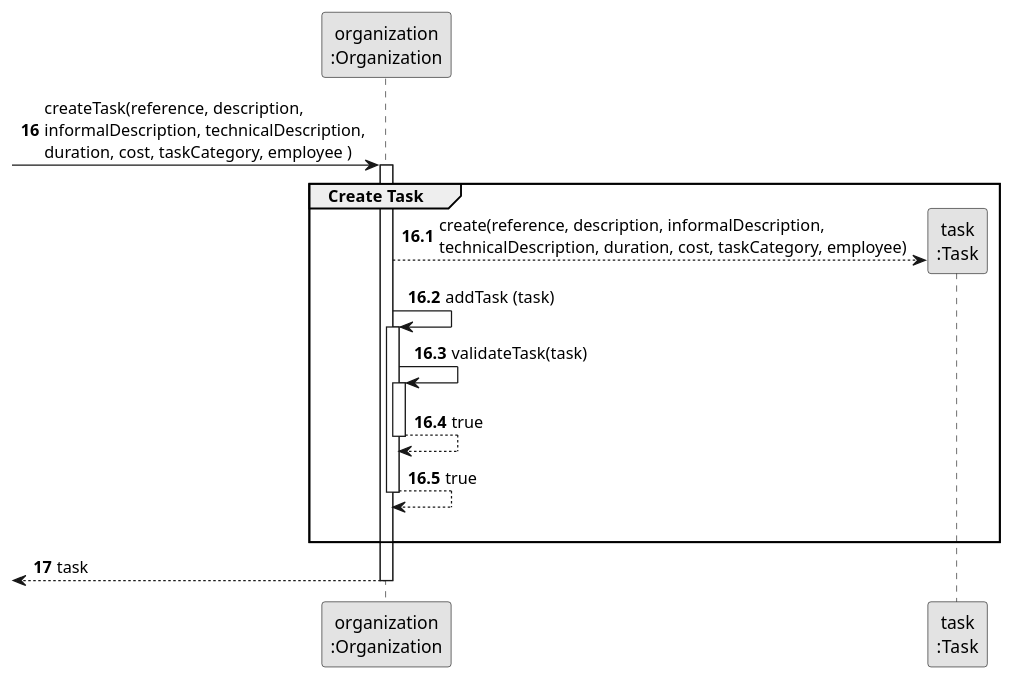
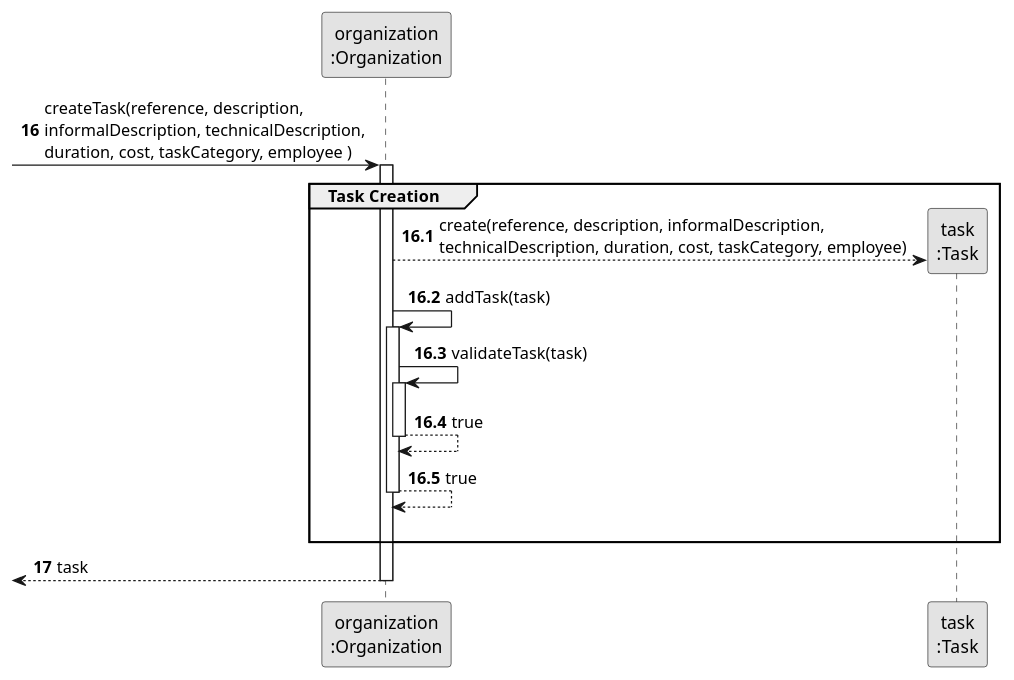
The diagram in docs/system-documentation/US002/03.design/puml/US002-SD-partial-create-task.puml (bruno-monteiro5/sem2-pi-24.25-g132-repo), drawn with PlantUML before and after one commit. The commit also changed 2 other files, not shown here.

```diff
--- a/docs/system-documentation/US002/03.design/puml/US002-SD-partial-create-task.puml
+++ b/docs/system-documentation/US002/03.design/puml/US002-SD-partial-create-task.puml
@@ -1,35 +1,32 @@
 @startuml
 skinparam monochrome true
 skinparam packageStyle rectangle
 skinparam shadowing false
 
 participant "organization\n:Organization" as ORG
 participant "task\n:Task" as TASK
 
 autonumber 16
 -> ORG: createTask(reference, description,\ninformalDescription, technicalDescription,\nduration, cost, taskCategory, employee )
 
 autonumber 16.1
 activate ORG
-    group Create Task
-
+    group Task Creation
         ORG --> TASK**: create(reference, description, informalDescription, \ntechnicalDescription, duration, cost, taskCategory, employee)
-        ORG -> ORG: addTask (task)
+        ORG -> ORG: addTask(task)
 
         activate ORG
             ORG -> ORG: validateTask(task)
             activate ORG
                 ORG --> ORG : true
             deactivate ORG
 
             ORG --> ORG : true
             |||
         deactivate ORG
     end
 
     autonumber 17
     <-- ORG : task
 deactivate ORG
-
-
 @enduml
```
